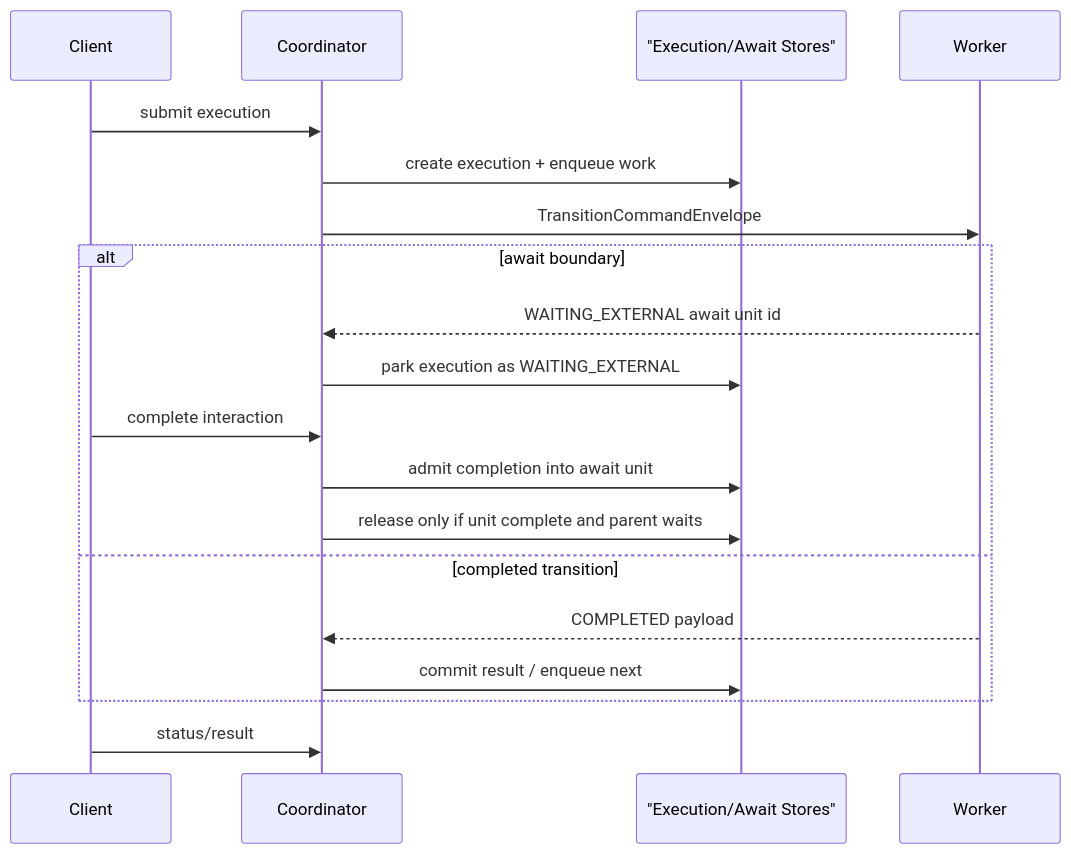
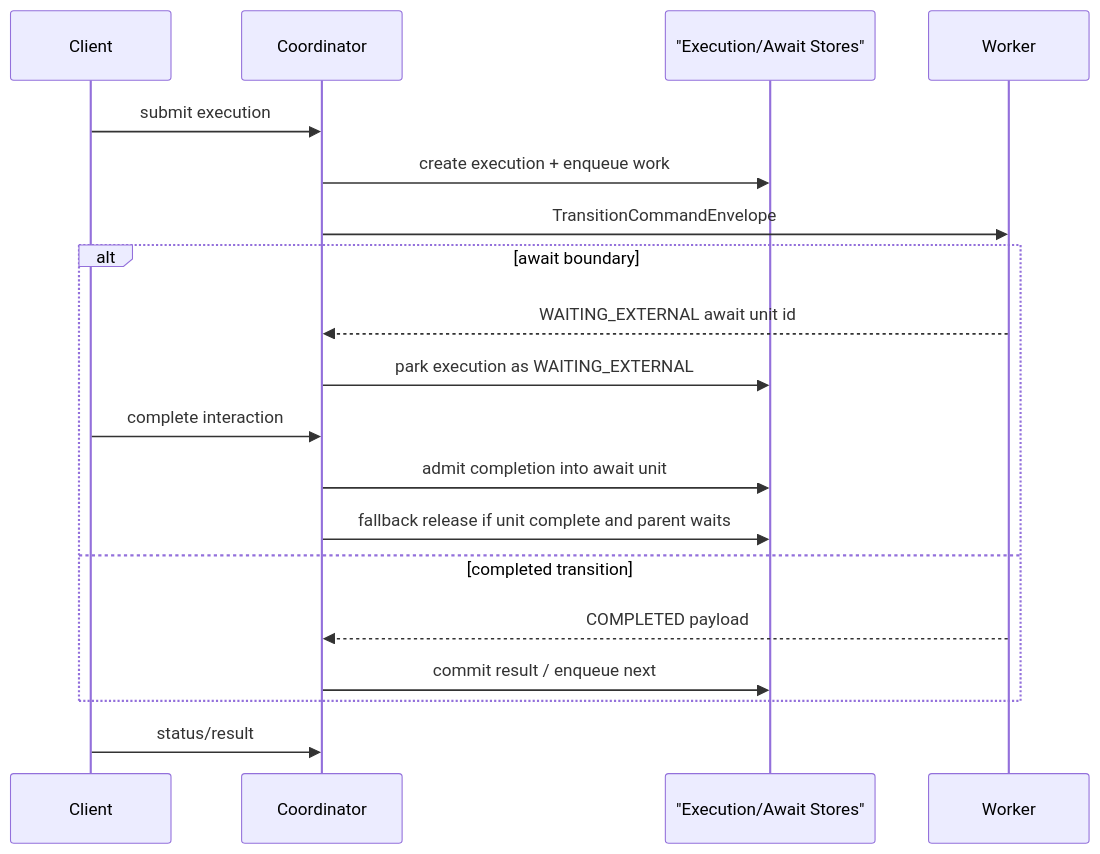
The diagram in docs/evolve/durable-coordinator/index.md (The-Pipeline-Framework/pipelineframework), drawn with Mermaid before and after one commit. The commit also changed 32 other files, not shown here.

Commit message:
Make CSV await completions flow live

````diff
--- a/docs/evolve/durable-coordinator/index.md
+++ b/docs/evolve/durable-coordinator/index.md
@@ -21,22 +21,22 @@
 ```mermaid
 sequenceDiagram
     participant Client
     participant Coordinator
     participant Store as "Execution/Await Stores"
     participant Worker
 
     Client->>Coordinator: submit execution
     Coordinator->>Store: create execution + enqueue work
     Coordinator->>Worker: TransitionCommandEnvelope
     alt await boundary
         Worker-->>Coordinator: WAITING_EXTERNAL await unit id
         Coordinator->>Store: park execution as WAITING_EXTERNAL
         Client->>Coordinator: complete interaction
         Coordinator->>Store: admit completion into await unit
-        Coordinator->>Store: release only if unit complete and parent waits
+        Coordinator->>Store: fallback release if unit complete and parent waits
     else completed transition
         Worker-->>Coordinator: COMPLETED payload
         Coordinator->>Store: commit result / enqueue next
     end
     Client->>Coordinator: status/result
 ```
````
